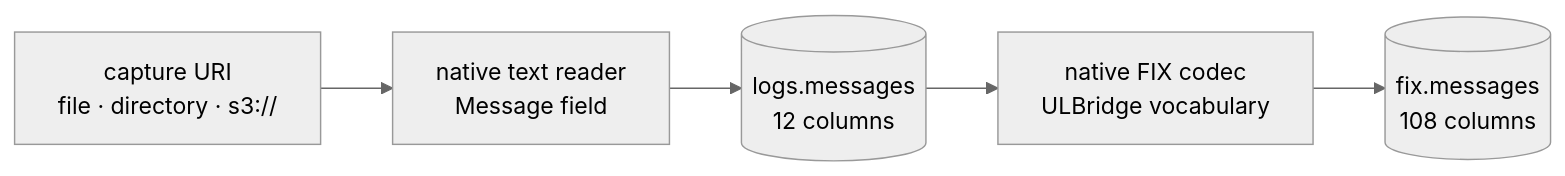
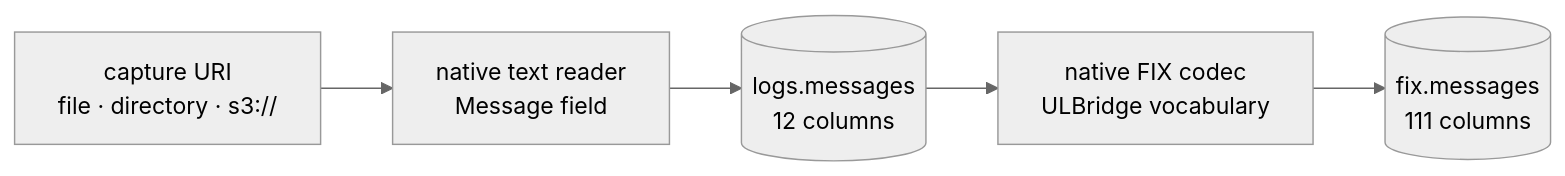
One commit to Platob/yggfin changed the diagram in docs/index.md. Above: the diagram before and after it, drawn with Mermaid (neutral theme). The commit also changed 16 other files, not shown here.

````diff
--- a/docs/index.md
+++ b/docs/index.md
@@ -38,7 +38,7 @@
 ```mermaid
 flowchart LR
     S["capture URI<br/>file · directory · s3://"] --> T["native text reader<br/>Message field"]
     T --> M[("logs.messages<br/>12 columns")]
     M --> F["native FIX codec<br/>ULBridge vocabulary"]
-    F --> O[("fix.messages<br/>108 columns")]
+    F --> O[("fix.messages<br/>111 columns")]
 ```
````
